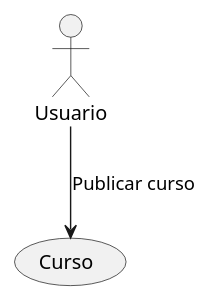
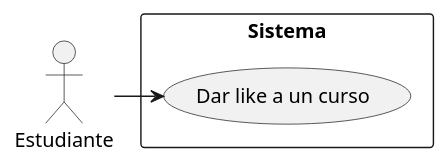
Before and after one commit to the-HaMo/PDS-proyect: the diagram in info/Desarrollo-Caso11.md, drawn with PlantUML. The commit also changed other lines of this file and 12 other files, not shown here.

```diff
--- a/info/Desarrollo-Caso11.md
+++ b/info/Desarrollo-Caso11.md
@@ -5,4 +5,7 @@
 @startuml
-actor Usuario
-Usuario --> (Curso) : Publicar curso
+actor Estudiante
+rectangle Sistema {
+  (Dar like a un curso)
+}
+Estudiante -> (Dar like a un curso)
 @enduml
```
